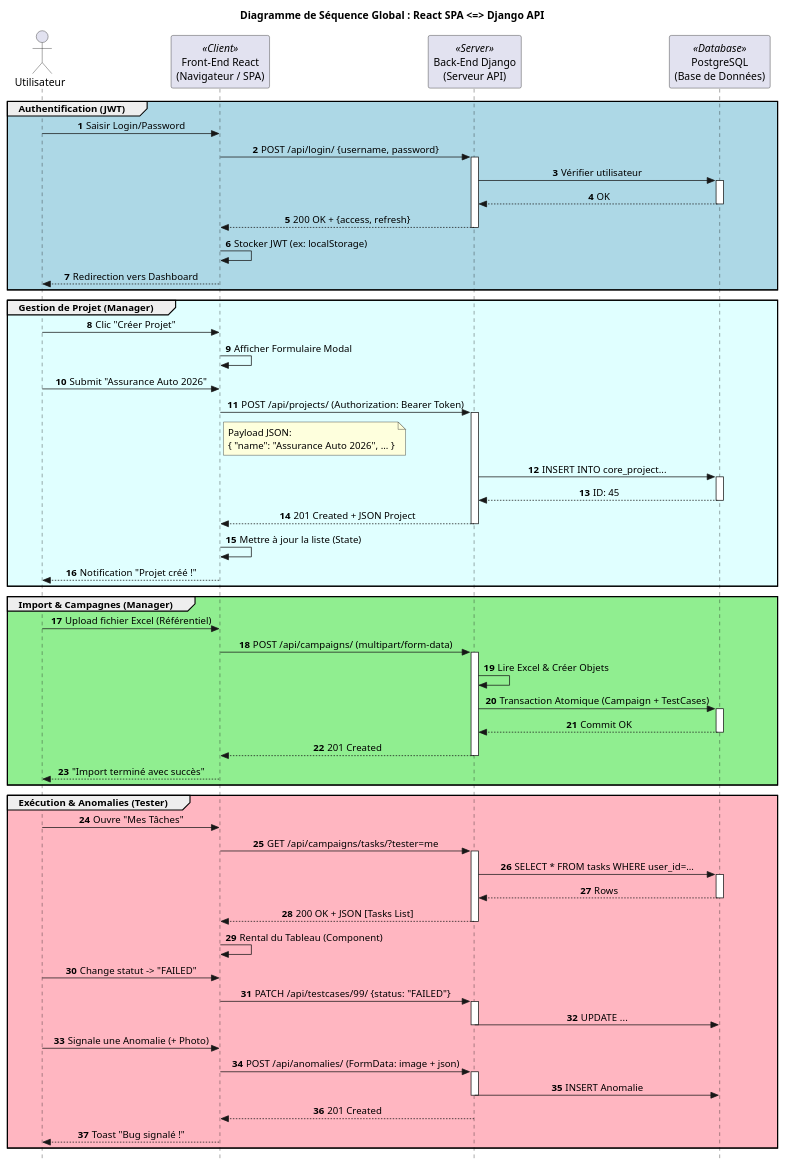
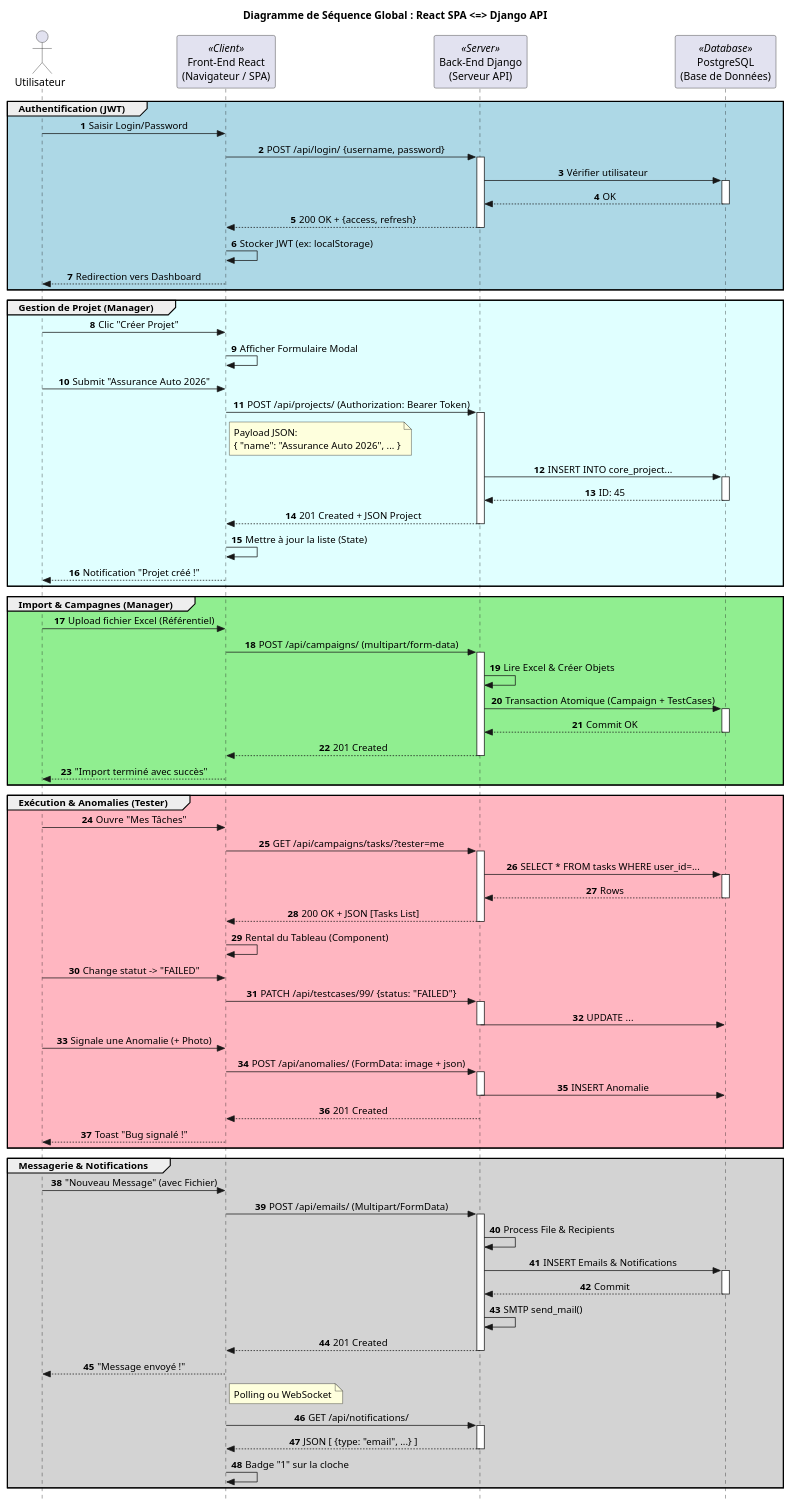
The diagram in InsureTM/diagrammes /react_django_sequence.puml (onsben19/Test-Management-Plateforme-LLoyd), drawn with PlantUML before and after one commit. The commit also changed 33 other files, not shown here.

```diff
--- a/InsureTM/diagrammes /react_django_sequence.puml
+++ b/InsureTM/diagrammes /react_django_sequence.puml
@@ -1,89 +1,112 @@
 @startuml
 autonumber
 skinparam style strictuml
 skinparam sequenceMessageAlign center
 
 title Diagramme de Séquence Global : React SPA <=> Django API
 
 actor "Utilisateur" as User
 participant "Front-End React\n(Navigateur / SPA)" as React <<Client>>
 participant "Back-End Django\n(Serveur API)" as Django <<Server>>
 participant "PostgreSQL\n(Base de Données)" as DB <<Database>>
 
 group #LightBlue Authentification (JWT)
     User -> React: Saisir Login/Password
     React -> Django: POST /api/login/ {username, password}
     activate Django
     Django -> DB: Vérifier utilisateur
     activate DB
     DB --> Django: OK
     deactivate DB
     Django --> React: 200 OK + {access, refresh}
     deactivate Django
     React -> React: Stocker JWT (ex: localStorage)
     React --> User: Redirection vers Dashboard
 end
 
 group #LightCyan Gestion de Projet (Manager)
     User -> React: Clic "Créer Projet"
     React -> React: Afficher Formulaire Modal
     User -> React: Submit "Assurance Auto 2026"
     
     React -> Django: POST /api/projects/ (Authorization: Bearer Token)
     activate Django
     note right of React: Payload JSON:\n{ "name": "Assurance Auto 2026", ... }
     
     Django -> DB: INSERT INTO core_project...
     activate DB
     DB --> Django: ID: 45
     deactivate DB
     
     Django --> React: 201 Created + JSON Project
     deactivate Django
     React -> React: Mettre à jour la liste (State)
     React --> User: Notification "Projet créé !"
 end
 
 group #LightGreen Import & Campagnes (Manager)
     User -> React: Upload fichier Excel (Référentiel)
     React -> Django: POST /api/campaigns/ (multipart/form-data)
     activate Django
     Django -> Django: Lire Excel & Créer Objets
     Django -> DB: Transaction Atomique (Campaign + TestCases)
     activate DB
     DB --> Django: Commit OK
     deactivate DB
     Django --> React: 201 Created
     deactivate Django
     React --> User: "Import terminé avec succès"
 end
 
 group #LightPink Exécution & Anomalies (Tester)
     User -> React: Ouvre "Mes Tâches"
     React -> Django: GET /api/campaigns/tasks/?tester=me
     activate Django
     Django -> DB: SELECT * FROM tasks WHERE user_id=...
     activate DB
     DB --> Django: Rows
     deactivate DB
     Django --> React: 200 OK + JSON [Tasks List]
     deactivate Django
     React -> React: Rental du Tableau (Component)
     
     User -> React: Change statut -> "FAILED"
     React -> Django: PATCH /api/testcases/99/ {status: "FAILED"}
     activate Django
     Django -> DB: UPDATE ...
     deactivate Django
     
     User -> React: Signale une Anomalie (+ Photo)
     React -> Django: POST /api/anomalies/ (FormData: image + json)
     activate Django
     Django -> DB: INSERT Anomalie
     deactivate Django
     Django --> React: 201 Created
     deactivate Django
     React --> User: Toast "Bug signalé !"
 end
 
+group #LightGray Messagerie & Notifications
+    User -> React: "Nouveau Message" (avec Fichier)
+    React -> Django: POST /api/emails/ (Multipart/FormData)
+    activate Django
+    Django -> Django: Process File & Recipients
+    Django -> DB: INSERT Emails & Notifications
+    activate DB
+    DB --> Django: Commit
+    deactivate DB
+    Django -> Django: SMTP send_mail()
+    Django --> React: 201 Created
+    deactivate Django
+    
+    React --> User: "Message envoyé !"
+    
+    note right of React: Polling ou WebSocket
+    React -> Django: GET /api/notifications/
+    activate Django
+    Django --> React: JSON [ {type: "email", ...} ]
+    deactivate Django
+    React -> React: Badge "1" sur la cloche
+end
+
 @enduml
```
